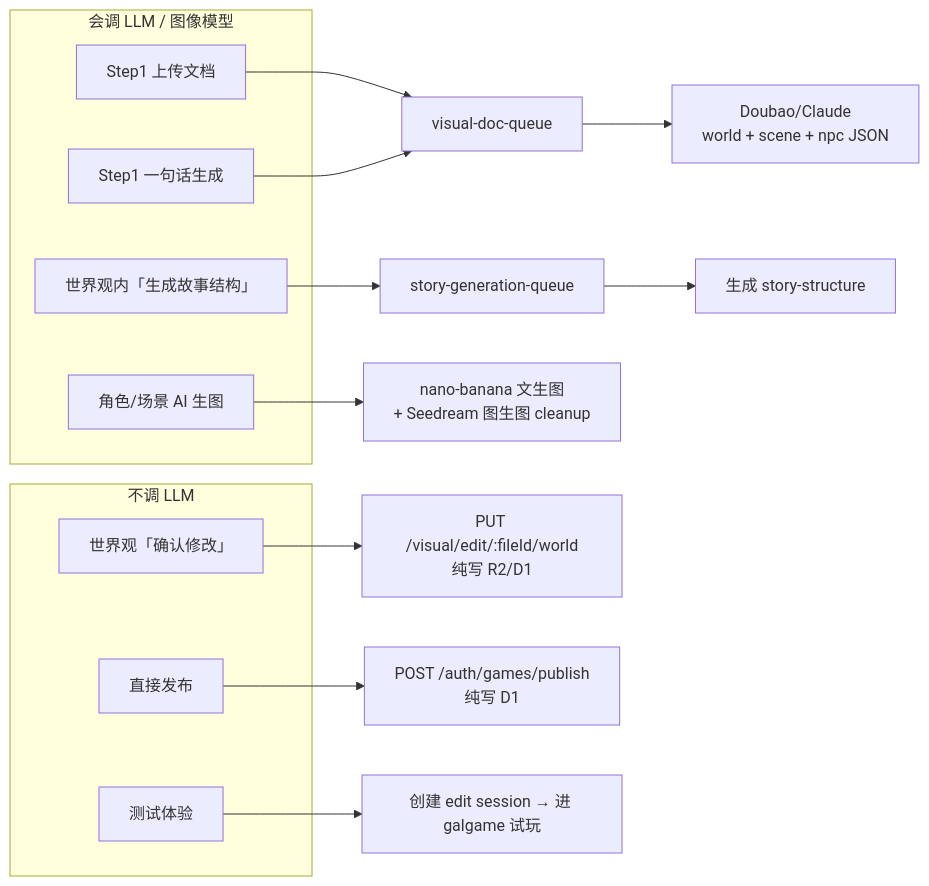
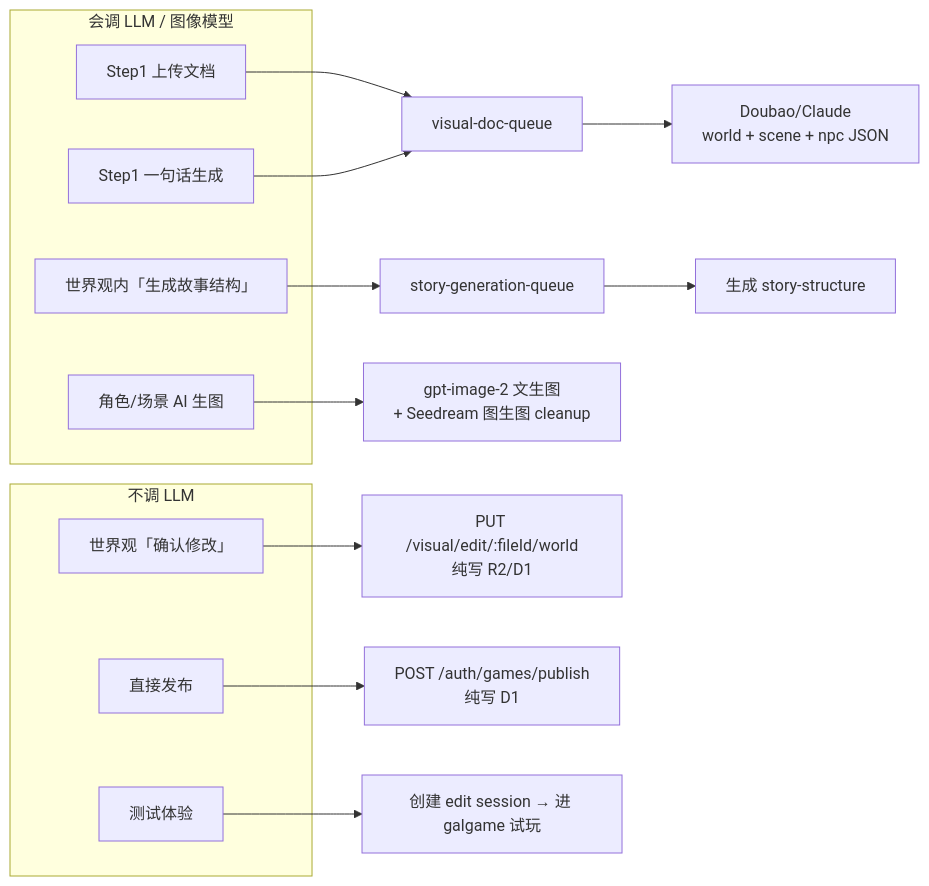
The second of 2 diagrams in docs/txt发布流程梳理.md (jiajiajia-art/jiaer), drawn with Mermaid before and after one commit. The commit also changed other lines of this file and 53 other files, not shown here.

````diff
--- a/docs/txt发布流程梳理.md
+++ b/docs/txt发布流程梳理.md
@@ -62,28 +62,28 @@
 ```mermaid
 flowchart LR
     subgraph 会调 LLM / 图像模型
         S1[Step1 上传文档]
         S2[Step1 一句话生成]
         S3[世界观内「生成故事结构」]
         S4[角色/场景 AI 生图]
     end
 
     subgraph 不调 LLM
         W[世界观「确认修改」]
         P[直接发布]
         T[测试体验]
     end
 
     S1 --> Q1[visual-doc-queue]
     S2 --> Q1
     Q1 --> LLM1["Doubao/Claude<br/>world + scene + npc JSON"]
 
     S3 --> Q2[story-generation-queue]
     Q2 --> LLM2[生成 story-structure]
 
-    S4 --> IMG["nano-banana 文生图<br/>+ Seedream 图生图 cleanup"]
+    S4 --> IMG["gpt-image-2 文生图<br/>+ Seedream 图生图 cleanup"]
 
     W --> API1["PUT /visual/edit/:fileId/world<br/>纯写 R2/D1"]
     P --> API2["POST /auth/games/publish<br/>纯写 D1"]
     T --> API3[创建 edit session → 进 galgame 试玩]
 ```
````
